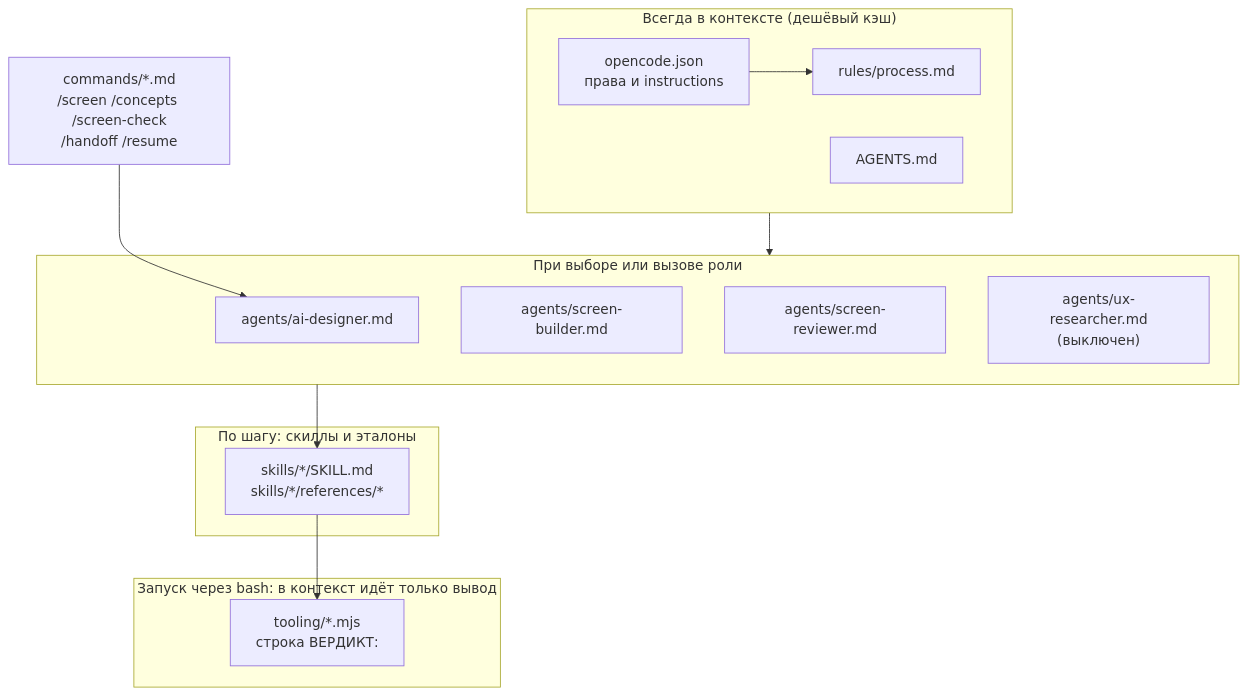
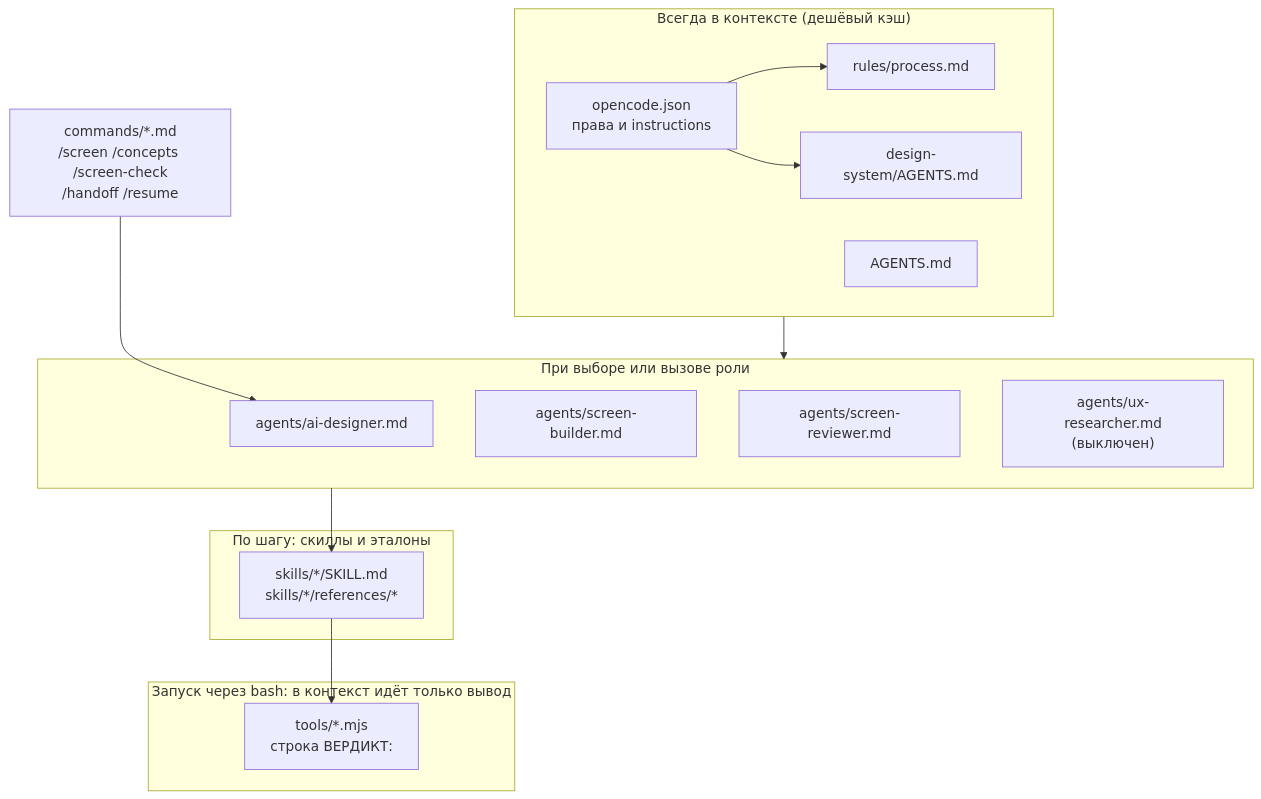
The first of 4 diagrams in docs/agent-ai-designer-working-process.md (sarosekml/ibp-design-project), drawn with Mermaid before and after one commit. The commit also changed other lines of this file and 1 other file, not shown here.

````diff
--- a/docs/agent-ai-designer-working-process.md
+++ b/docs/agent-ai-designer-working-process.md
@@ -61,27 +65,29 @@
 ```mermaid
 flowchart TB
     subgraph ALWAYS["Всегда в контексте (дешёвый кэш)"]
         CFG["opencode.json<br/>права и instructions"]
         AG["AGENTS.md"]
         RULES["rules/process.md"]
+        DSR["design-system/AGENTS.md"]
     end
     subgraph ROLE["При выборе или вызове роли"]
         A1["agents/ai-designer.md"]
         A2["agents/screen-builder.md"]
         A3["agents/screen-reviewer.md"]
         A4["agents/ux-researcher.md<br/>(выключен)"]
     end
     subgraph ONDEMAND["По шагу: скиллы и эталоны"]
         S["skills/*/SKILL.md<br/>skills/*/references/*"]
     end
     subgraph TOOLS["Запуск через bash: в контекст идёт только вывод"]
-        T["tooling/*.mjs<br/>строка ВЕРДИКТ:"]
+        T["tools/*.mjs<br/>строка ВЕРДИКТ:"]
     end
     CMD["commands/*.md<br/>/screen /concepts /screen-check<br/>/handoff /resume"]
 
     CFG --> RULES
+    CFG --> DSR
     ALWAYS --> ROLE
     CMD --> A1
     ROLE --> S
     S --> T
 ```
````
